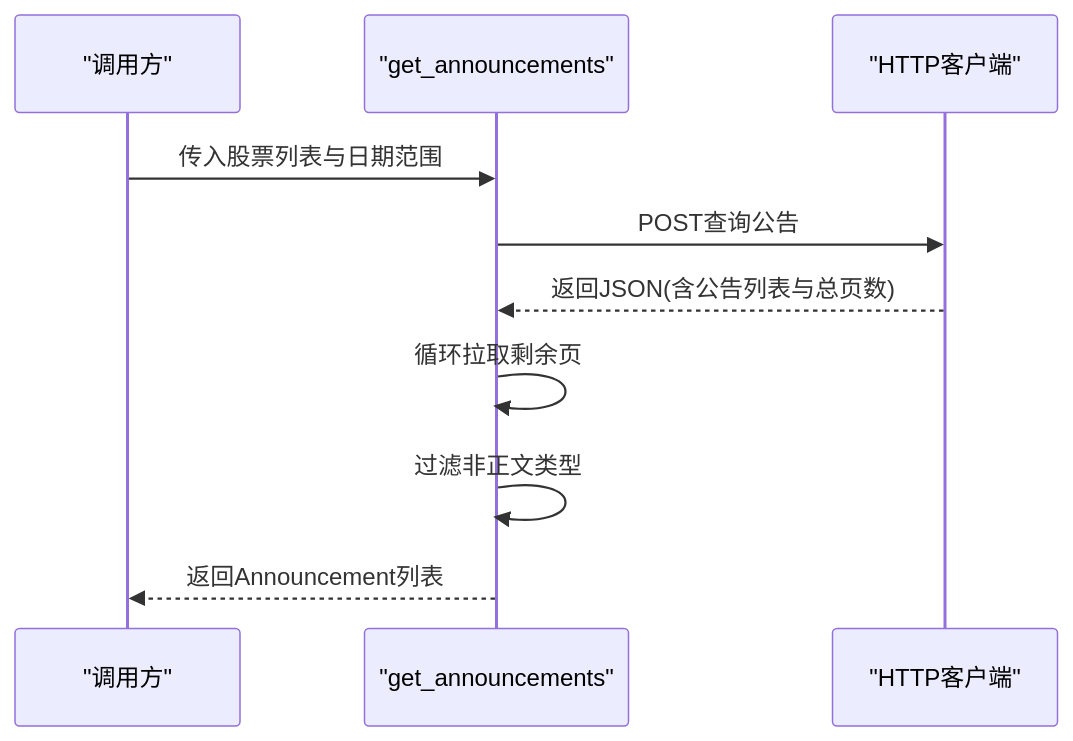
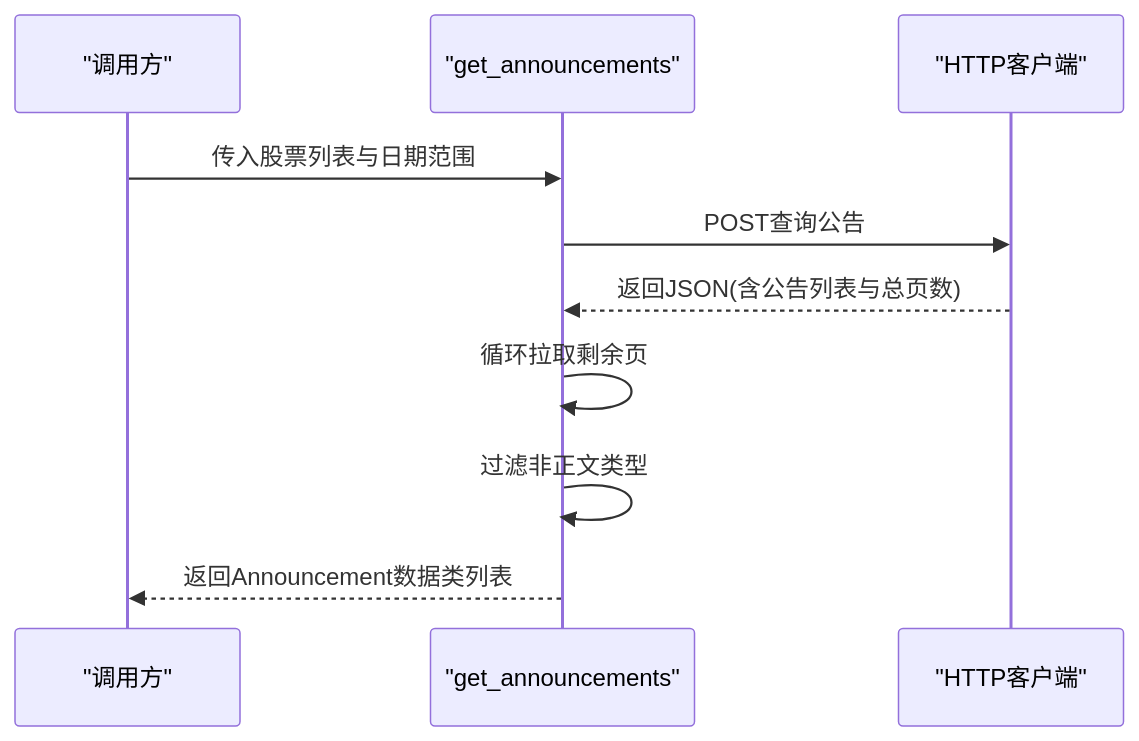
One commit to iverwong/DataLife changed the fifth of 9 diagrams in .qoder/repowiki/zh/content/核心模块详解/公告数据处理模块/公告数据处理模块.md. Above: the diagram before and after it, drawn with Mermaid. The commit also changed other lines of this file and 6 other files, not shown here.

````diff
--- a/.qoder/repowiki/zh/content/核心模块详解/公告数据处理模块/公告数据处理模块.md
+++ b/.qoder/repowiki/zh/content/核心模块详解/公告数据处理模块/公告数据处理模块.md
@@ -222,12 +232,12 @@
 ```mermaid
 sequenceDiagram
 participant Caller as "调用方"
 participant API as "get_announcements"
 participant Http as "HTTP客户端"
 Caller->>API : 传入股票列表与日期范围
 API->>Http : POST查询公告
 Http-->>API : 返回JSON(含公告列表与总页数)
 API->>API : 循环拉取剩余页
 API->>API : 过滤非正文类型
-API-->>Caller : 返回Announcement列表
+API-->>Caller : 返回Announcement数据类列表
 ```
````
